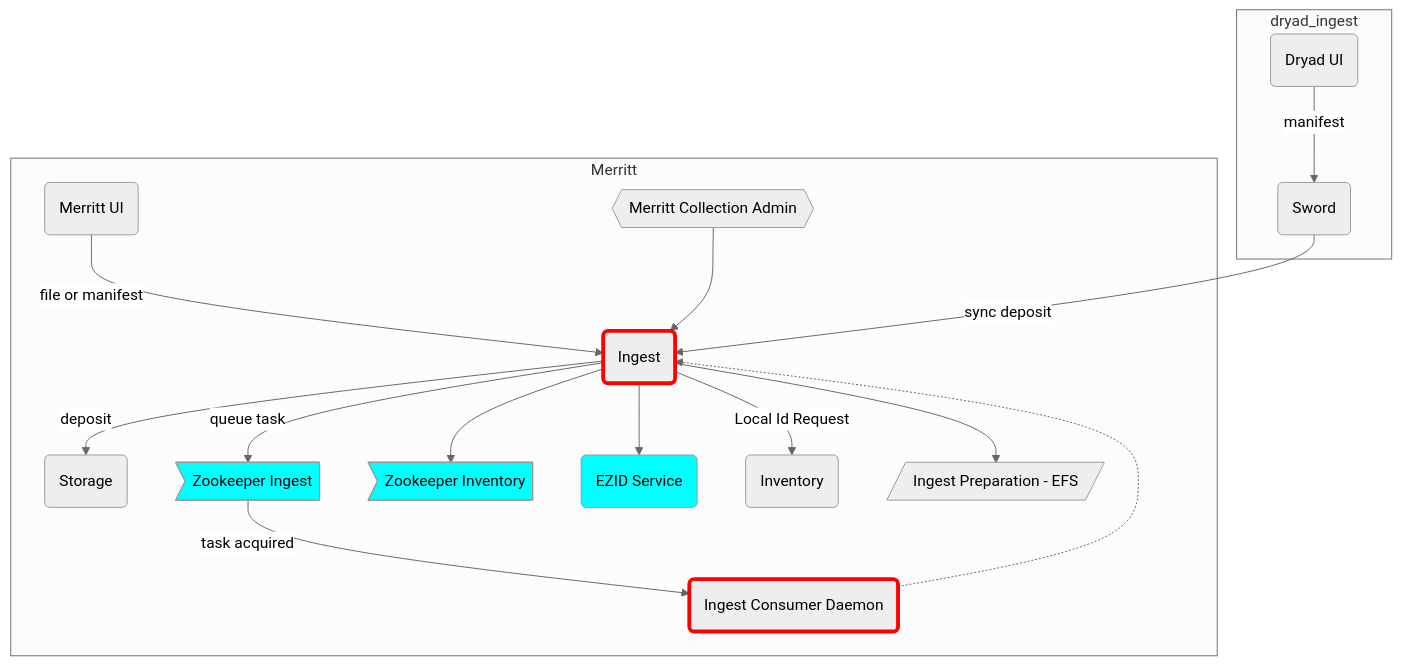
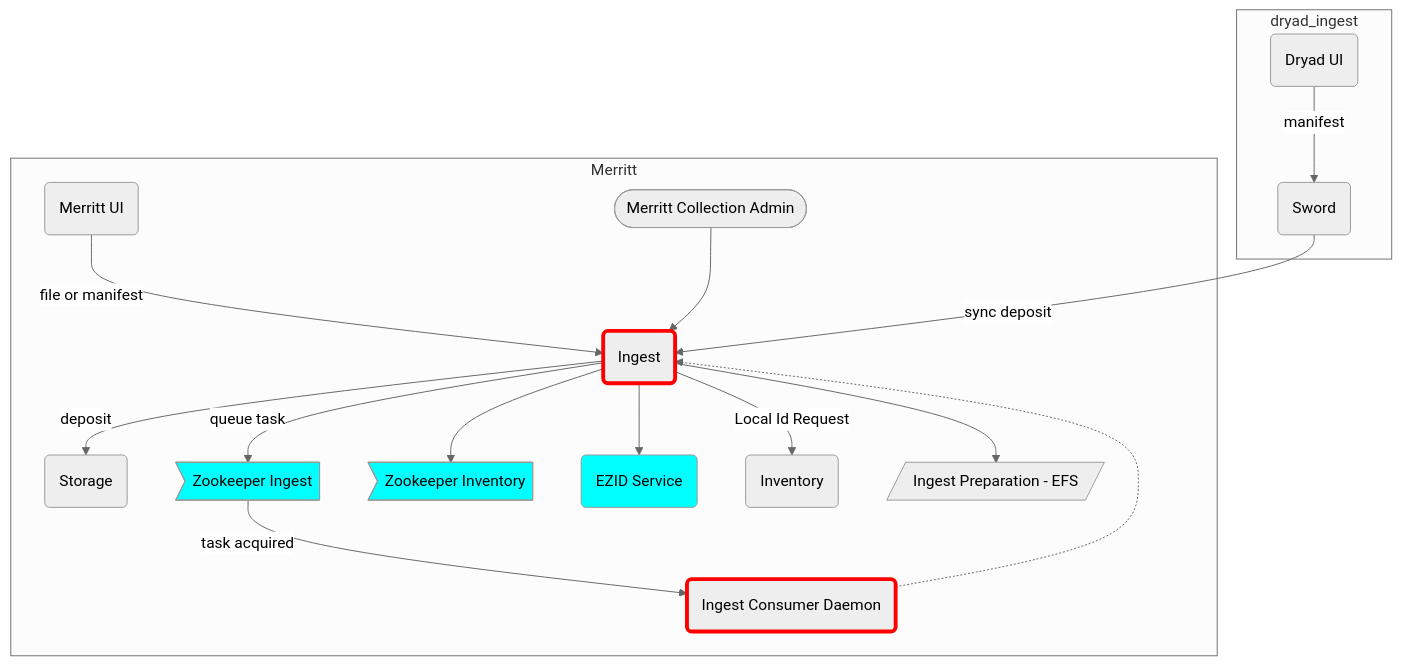
Before and after one commit to CDLUC3/mrt-doc: the diagram in diagrams/ingest.mmd, drawn with Mermaid. The commit also changed 6 other files, not shown here.

```diff
--- a/diagrams/ingest.mmd
+++ b/diagrams/ingest.mmd
@@ -1,37 +1,37 @@
 %%{init: {'theme': 'neutral', 'securityLevel': 'loose'}}%%
 graph TD
   UI("Merritt UI")
   ING(Ingest)
   INGCON(Ingest Consumer Daemon)
   ST(Storage)
   ZOOING>Zookeeper Ingest]
   ZOOINV>Zookeeper Inventory]
   EZID(EZID Service)
   INV(Inventory)
   DRYAD(Dryad UI)
   SWORD(Sword)
   EFS[/Ingest Preparation - EFS/]
-  COLLAD{{Merritt Collection Admin}}
+  COLLAD([Merritt Collection Admin])
 
   subgraph Merritt
     UI --> |"file or manifest"| ING
     ING --> |deposit| ST
     ING --> |queue task| ZOOING
     ING --> ZOOINV
     ING --> EFS
     ING --> |Local Id Request| INV
     ZOOING --> |task acquired| INGCON
     INGCON -.-> ING
     ING --> EZID
     COLLAD --> ING
   end
   subgraph dryad_ingest
     DRYAD --> |manifest| SWORD
     SWORD --> |sync deposit| ING
   end
 
   style ZOOING fill:cyan
   style ZOOINV fill:cyan
   style EZID fill:cyan
   style ING stroke:red,stroke-width:4px
   style INGCON stroke:red,stroke-width:4px
```
